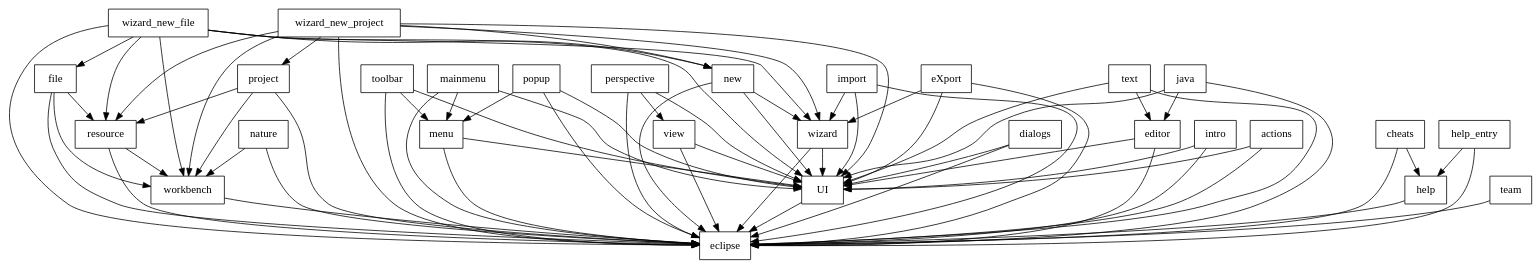
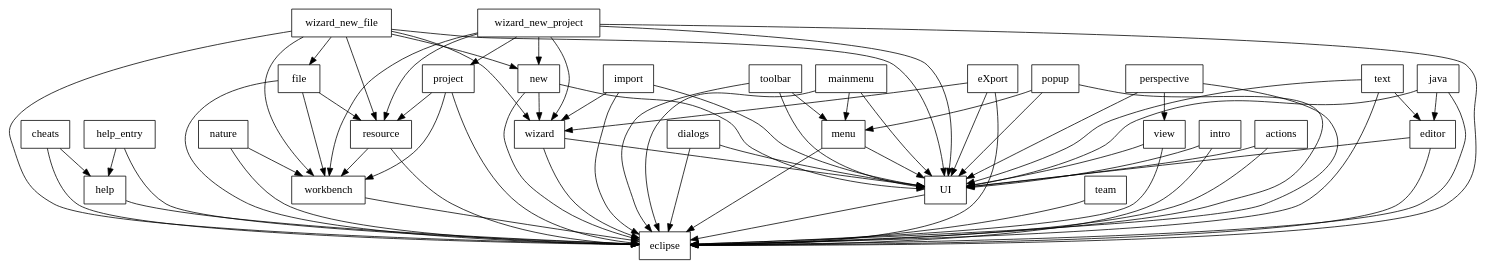
Before and after one commit to FAMILIAR-project/familiar-language: the diagram in FAMILIAR/output/SPLOT-big/fm_48_model_20101024_1938793748.xml.dot, drawn with Graphviz. The commit also changed 44 other files, not shown here.

```diff
--- a/FAMILIAR/output/SPLOT-big/fm_48_model_20101024_1938793748.xml.dot
+++ b/FAMILIAR/output/SPLOT-big/fm_48_model_20101024_1938793748.xml.dot
@@ -1,107 +1,107 @@
 digraph{
 graph [rankdir=TB];
 node [shape=box];
 edge [arrowhead=normal];
 0[label="toolbar",]
 1[label="wizard",]
 2[label="wizard_new_file",]
 3[label="eclipse",]
-4[label="wizard_new_project",]
-5[label="help",]
+4[label="help",]
+5[label="wizard_new_project",]
 6[label="cheats",]
 7[label="nature",]
-8[label="mainmenu",]
-9[label="popup",]
-10[label="file",]
-11[label="perspective",]
-12[label="import",]
+8[label="file",]
+9[label="mainmenu",]
+10[label="popup",]
+11[label="import",]
+12[label="perspective",]
 13[label="workbench",]
 14[label="dialogs",]
 15[label="text",]
 16[label="menu",]
-17[label="UI",]
-18[label="resource",]
+17[label="resource",]
+18[label="UI",]
 19[label="team",]
 20[label="intro",]
 21[label="project",]
-22[label="new",]
-23[label="help_entry",]
-24[label="editor",]
+22[label="editor",]
+23[label="new",]
+24[label="help_entry",]
 25[label="eXport",]
 26[label="java",]
 27[label="view",]
 28[label="actions",]
 0->3[label="",]
 0->16[label="",]
-0->17[label="",]
+0->18[label="",]
 1->3[label="",]
-1->17[label="",]
+1->18[label="",]
 2->1[label="",]
 2->3[label="",]
-2->10[label="",]
+2->8[label="",]
 2->13[label="",]
 2->17[label="",]
 2->18[label="",]
-2->22[label="",]
-4->1[label="",]
+2->23[label="",]
 4->3[label="",]
-4->13[label="",]
-4->17[label="",]
-4->18[label="",]
-4->21[label="",]
-4->22[label="",]
+5->1[label="",]
 5->3[label="",]
+5->13[label="",]
+5->17[label="",]
+5->18[label="",]
+5->21[label="",]
+5->23[label="",]
 6->3[label="",]
-6->5[label="",]
+6->4[label="",]
 7->3[label="",]
 7->13[label="",]
 8->3[label="",]
-8->16[label="",]
+8->13[label="",]
 8->17[label="",]
 9->3[label="",]
 9->16[label="",]
-9->17[label="",]
+9->18[label="",]
 10->3[label="",]
-10->13[label="",]
+10->16[label="",]
 10->18[label="",]
+11->1[label="",]
 11->3[label="",]
-11->17[label="",]
-11->27[label="",]
-12->1[label="",]
+11->18[label="",]
 12->3[label="",]
-12->17[label="",]
+12->18[label="",]
+12->27[label="",]
 13->3[label="",]
 14->3[label="",]
-14->17[label="",]
+14->18[label="",]
 15->3[label="",]
-15->17[label="",]
-15->24[label="",]
+15->18[label="",]
+15->22[label="",]
 16->3[label="",]
-16->17[label="",]
+16->18[label="",]
 17->3[label="",]
+17->13[label="",]
 18->3[label="",]
-18->13[label="",]
 19->3[label="",]
 20->3[label="",]
-20->17[label="",]
+20->18[label="",]
 21->3[label="",]
 21->13[label="",]
-21->18[label="",]
-22->1[label="",]
+21->17[label="",]
 22->3[label="",]
-22->17[label="",]
+22->18[label="",]
+23->1[label="",]
 23->3[label="",]
-23->5[label="",]
+23->18[label="",]
 24->3[label="",]
-24->17[label="",]
+24->4[label="",]
 25->1[label="",]
 25->3[label="",]
-25->17[label="",]
+25->18[label="",]
 26->3[label="",]
-26->17[label="",]
-26->24[label="",]
+26->18[label="",]
+26->22[label="",]
 27->3[label="",]
-27->17[label="",]
+27->18[label="",]
 28->3[label="",]
-28->17[label="",]
+28->18[label="",]
 }
```
